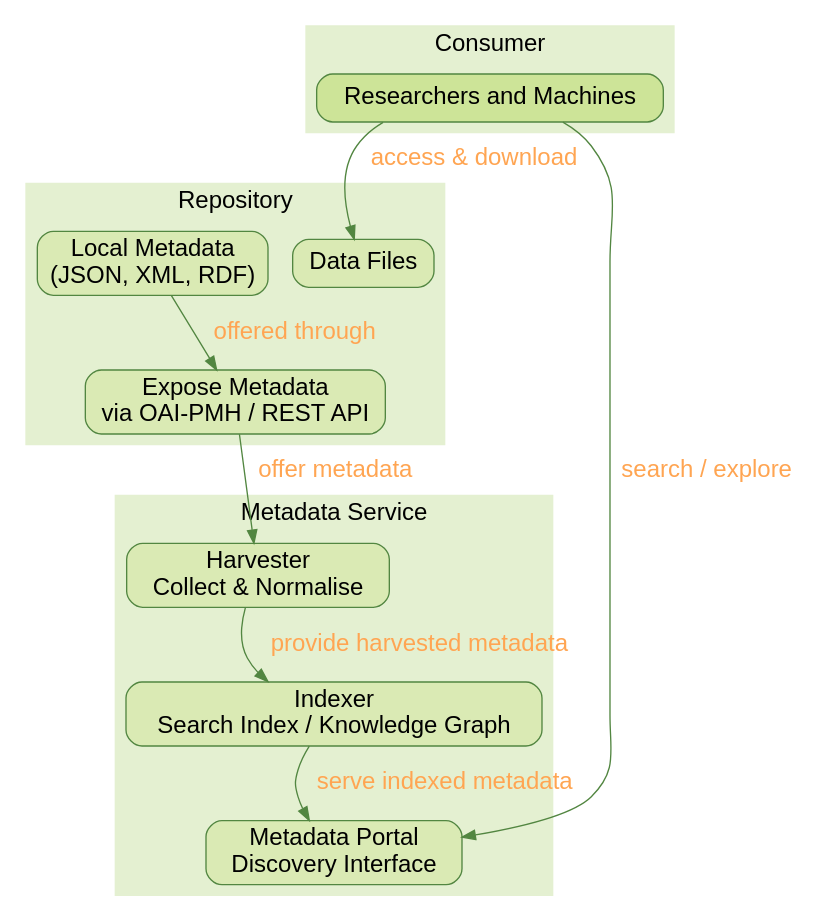
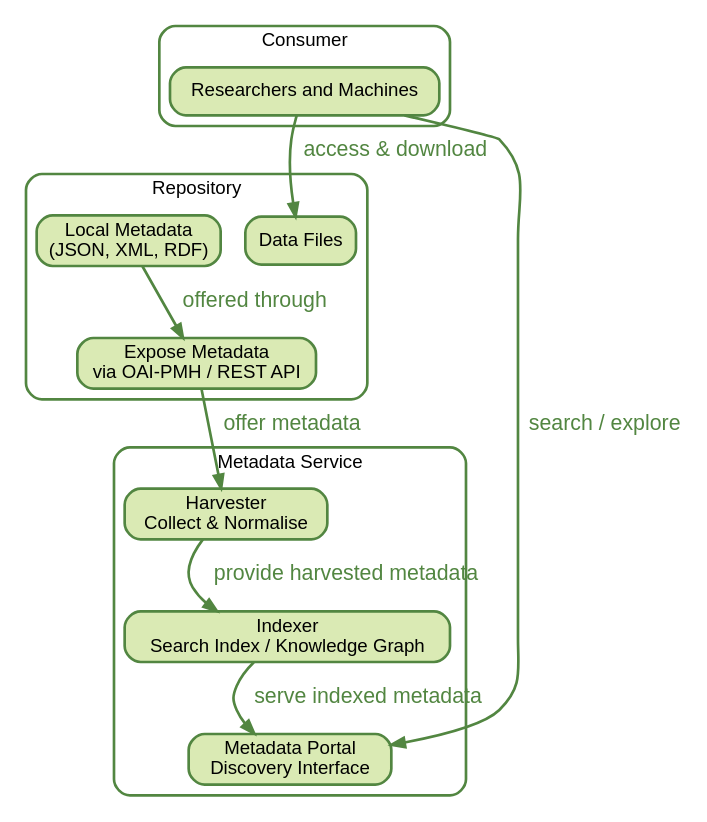
The first of 2 diagrams in book/metadata-portals.qmd (chStaiger/rdm-tech-foundations), drawn with Graphviz before and after one commit. The commit also changed other lines of this file, not shown here.

Commit message:
dot graphs and cleanup highlighting

````diff
--- a/book/metadata-portals.qmd
+++ b/book/metadata-portals.qmd
@@ -36,4 +36,8 @@
 ```{dot}
+//| label: fig-metadata-flow
+//| fig-cap: From Local Metadata to Discovery and Data Access
+//| fig-align: center
+
 //| label: fig-metadata-flow
 //| fig-cap: From Local Metadata to Discovery and Data Access
 //| fig-align: center
@@ -44,75 +48,92 @@
         rankdir=TB,
         bgcolor="white",
         fontname="Helvetica",
-        fontsize=18
+        fontsize=14
     ];
 
     node [
         shape=box,
         style="rounded,filled",
         fontname="Helvetica",
-        fontsize=18,
-        color="#528641"
+        fontsize=14,
+        color="#528641",
+        fillcolor="#DAEAB4",
+        penwidth=2,
+        sketch=1
     ];
 
     edge [
         fontname="Helvetica",
-        fontsize=18,
-        color="#528641"
+        fontsize=16,
+        color="#528641",
+        fontcolor="#528641",
+        penwidth=2,
+        sketch=1
     ];
 
-    /* --- Repository --- */
+    /* --- Consumer (top) --- */
+    subgraph cluster_consumer {
+
+        TOP_ANCHOR [shape=point, width=0, label="", style=invis];
+
+        label="Consumer";
+        fontsize=14;
+        style="rounded";
+        color="#528641";
+        penwidth=2;
+        sketch=1;
+
+        USER [label="Researchers and Machines"];
+    }
+
+    /* --- Repository (bottom-left) --- */
     subgraph cluster_repository {
+
+        LEFT_ANCHOR [shape=point, width=0, label="", style=invis];
+
         label="Repository";
-        fontsize=18;
-        style=filled;
-        color="#E4F0D1";   /* very pale background */
+        fontsize=14;
+        style="rounded";
+        color="#528641";
+        penwidth=2;
+        sketch=1;
 
-        REP_ANCHOR [shape=point, width=0, label="", style=invis];
-
-        node [fillcolor="#DAEAB4"];   /* original node colour */
         DATA [label="Data Files"];
         META [label="Local Metadata\n(JSON, XML, RDF)"];
         API  [label="Expose Metadata\nvia OAI-PMH / REST API"];
-        META -> API [label="offered through", fontcolor="#FFA552"];
+        META -> API [label="offered through"];
     }
 
-    /* --- Metadata Service --- */
+    /* --- Metadata Service (bottom-right) --- */
     subgraph cluster_metadata {
+
+        RIGHT_ANCHOR [shape=point, width=0, label="", style=invis];
+
         label="Metadata Service";
-        fontsize=18;
-        style=filled;
-        color="#E4F0D1";   /* very pale background */
+        fontsize=14;
+        style="rounded";
+        color="#528641";
+        penwidth=2;
+        sketch=1;
 
-        META_ANCHOR [shape=point, width=0, label="", style=invis];
-
-        node [fillcolor="#DAEAB4"];   /* original node colour */
         HARV  [label="Harvester\nCollect & Normalise"];
         INDEX [label="Indexer\nSearch Index / Knowledge Graph"];
         PORTAL [label="Metadata Portal\nDiscovery Interface"];
-        HARV  -> INDEX  [label="provide harvested metadata", fontcolor="#FFA552"];
-        INDEX -> PORTAL [label="serve indexed metadata", fontcolor="#FFA552"];
+        HARV  -> INDEX  [label="provide harvested metadata"];
+        INDEX -> PORTAL [label="serve indexed metadata"];
     }
 
-    /* --- Force horizontal alignment --- */
-    { rank = same; REP_ANCHOR; META_ANCHOR; }
+    /* --- Triangle layout --- */
 
-    /* --- Consumer --- */
-    subgraph cluster_consumer {
-        label="Consumer";
-        fontsize=18;
-        style=filled;
-        color="#E4F0D1";   /* very pale background */
+    /* Top rank: Consumer */
+    { rank = same; TOP_ANCHOR; }
 
-        node [fillcolor="#CDE498"];   /* original highlight colour */
-        USER [label="Researchers and Machines"];
-    }
+    /* Bottom rank: Repository + Metadata Service */
+    { rank = same; LEFT_ANCHOR; RIGHT_ANCHOR; }
 
-    /* --- Consumer interactions --- */
-    USER -> PORTAL [label="search / explore", fontcolor="#FFA552"];
-    USER -> DATA   [label="access & download", fontcolor="#FFA552"];
-
-    /* --- Metadata flow --- */
-    API -> HARV [label="offer metadata", fontcolor="#FFA552"];
+    /* --- Edges --- */
+    USER -> PORTAL [label="search / explore"];
+    USER -> DATA   [label="access & download"];
+    API  -> HARV   [label="offer metadata"];
 }
 ```
````
